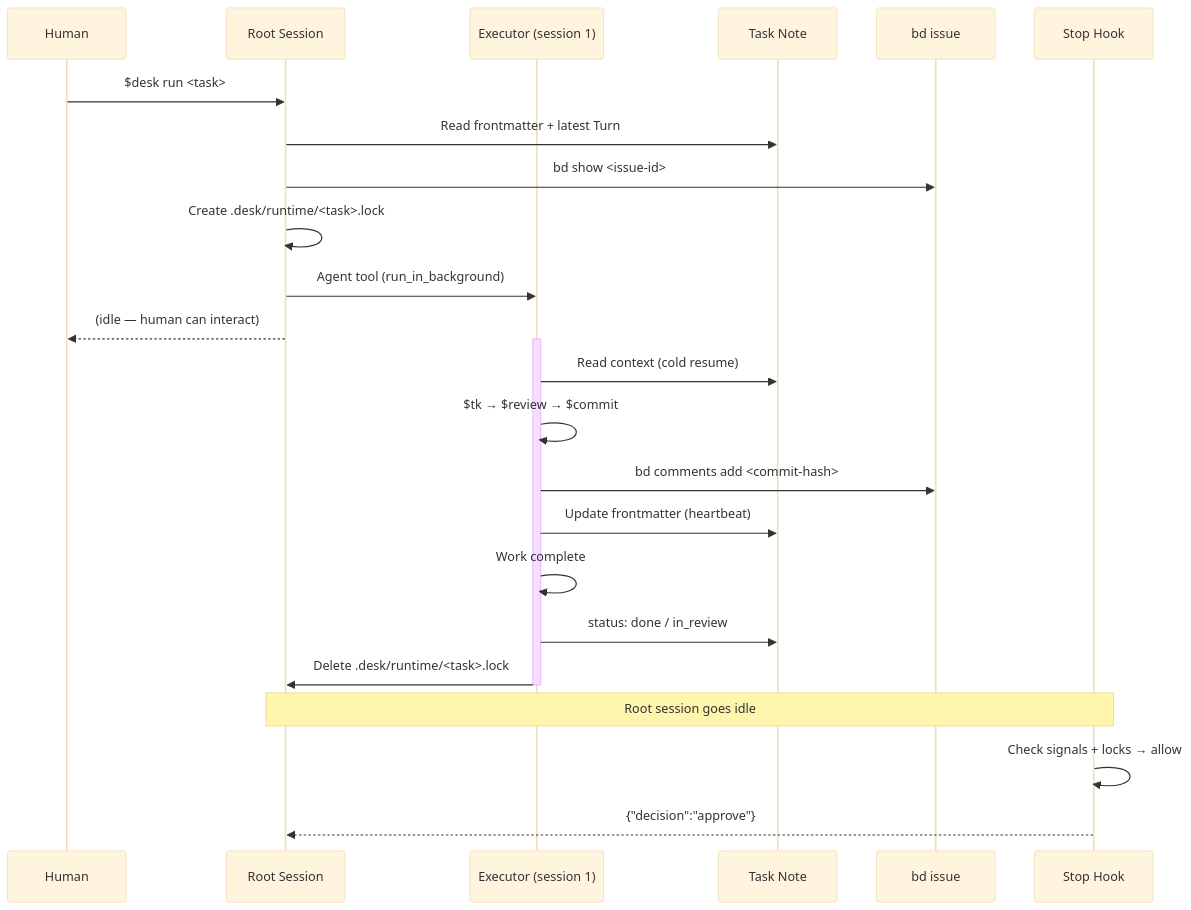
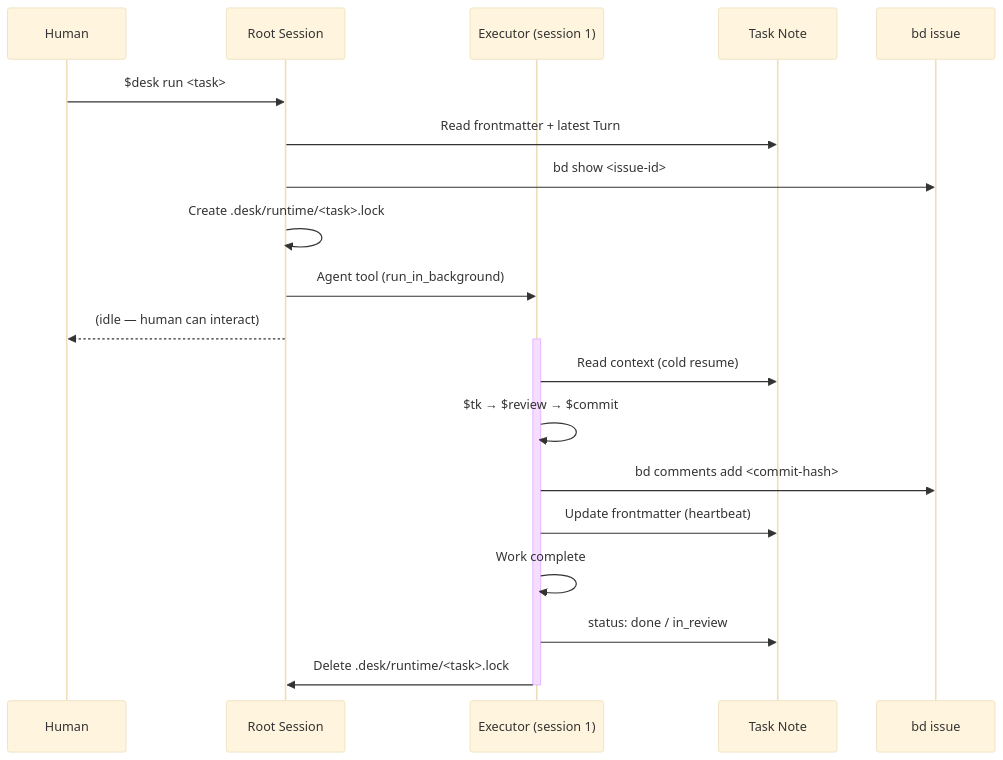
Before and after one commit to hrfmmr/dotfiles: the first of 6 diagrams in codex/skills/desk/references/sequence-diagrams.md, drawn with Mermaid (base theme). The commit also changed other lines of this file and 4 other files, not shown here.

Commit message:
chore: remove desk stop hook flow

````diff
--- a/codex/skills/desk/references/sequence-diagrams.md
+++ b/codex/skills/desk/references/sequence-diagrams.md
@@ -5,30 +5,25 @@
 ```mermaid
 sequenceDiagram
     participant H as Human
     participant R as Root Session
     participant E1 as Executor (session 1)
     participant TN as Task Note
     participant BD as bd issue
-    participant Hook as Stop Hook
 
     H->>R: $desk run <task>
     R->>TN: Read frontmatter + latest Turn
     R->>BD: bd show <issue-id>
     R->>R: Create .desk/runtime/<task>.lock
     R->>E1: Agent tool (run_in_background)
     R-->>H: (idle — human can interact)
 
     activate E1
     E1->>TN: Read context (cold resume)
     E1->>E1: $tk → $review → $commit
     E1->>BD: bd comments add <commit-hash>
     E1->>TN: Update frontmatter (heartbeat)
     E1->>E1: Work complete
     E1->>TN: status: done / in_review
     E1->>R: Delete .desk/runtime/<task>.lock
     deactivate E1
-
-    Note over R,Hook: Root session goes idle
-    Hook->>Hook: Check signals + locks → allow
-    Hook-->>R: {"decision":"approve"}
 ```
````
